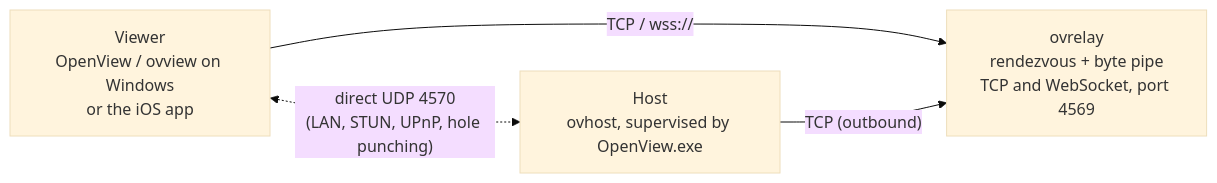
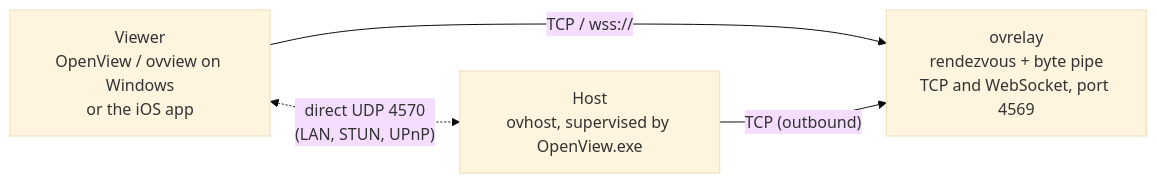
The diagram in README.md (viceduong/openview), drawn with Mermaid (base theme) before and after one commit. The commit also changed other lines of this file and 156 other files, not shown here.

````diff
--- a/README.md
+++ b/README.md
@@ -133,9 +138,9 @@
 ```mermaid
 flowchart LR
   V["Viewer<br/>OpenView / ovview on Windows<br/>or the iOS app"]
   R["ovrelay<br/>rendezvous + byte pipe<br/>TCP and WebSocket, port 4569"]
   H["Host<br/>ovhost, supervised by OpenView.exe"]
   V -- "TCP / wss://" --> R
   H -- "TCP (outbound)" --> R
-  V <-. "direct UDP 4570<br/>(LAN, STUN, UPnP, hole punching)" .-> H
+  V <-. "direct UDP 4570<br/>(LAN, STUN, UPnP)" .-> H
 ```
````
